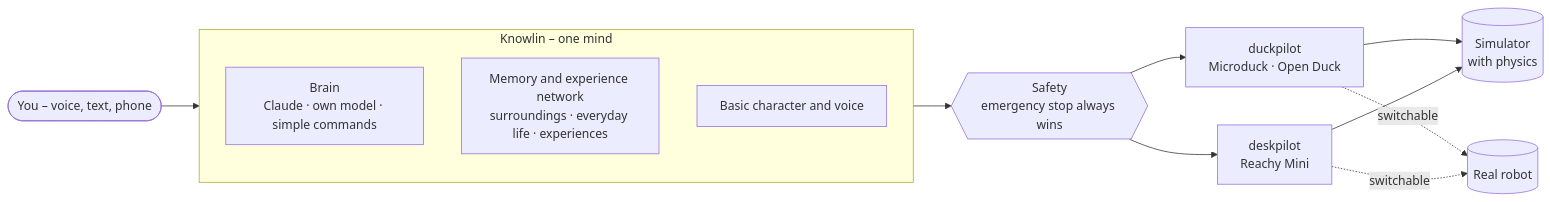
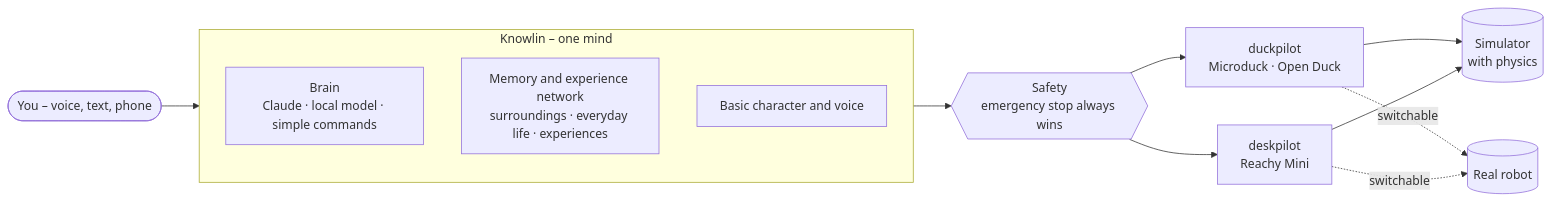
The diagram in README.en.md (knowlin-ai/knowlin), drawn with Mermaid before and after one commit. The commit also changed other lines of this file and 42 other files, not shown here.

````diff
--- a/README.en.md
+++ b/README.en.md
@@ -103,17 +103,17 @@
 ```mermaid
 flowchart LR
   Human(["You – voice, text, phone"]) --> Mind
   subgraph Mind["Knowlin – one mind"]
     direction TB
-    Brain["Brain<br/>Claude · own model · simple commands"]
+    Brain["Brain<br/>Claude · local model · simple commands"]
     Memory["Memory and experience network<br/>surroundings · everyday life · experiences"]
     Character["Basic character and voice"]
   end
   Mind --> Safety{{"Safety<br/>emergency stop always wins"}}
   Safety --> D["duckpilot<br/>Microduck · Open Duck"]
   Safety --> R["deskpilot<br/>Reachy Mini"]
   D --> Sim[("Simulator<br/>with physics")]
   R --> Sim
   D -. "switchable" .-> Real[("Real robot")]
   R -. "switchable" .-> Real
 ```
````
